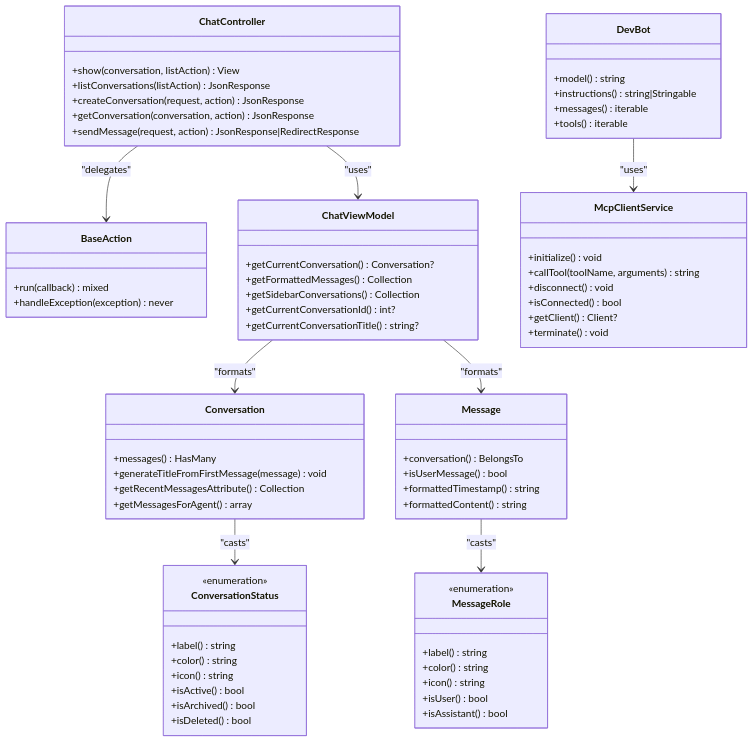
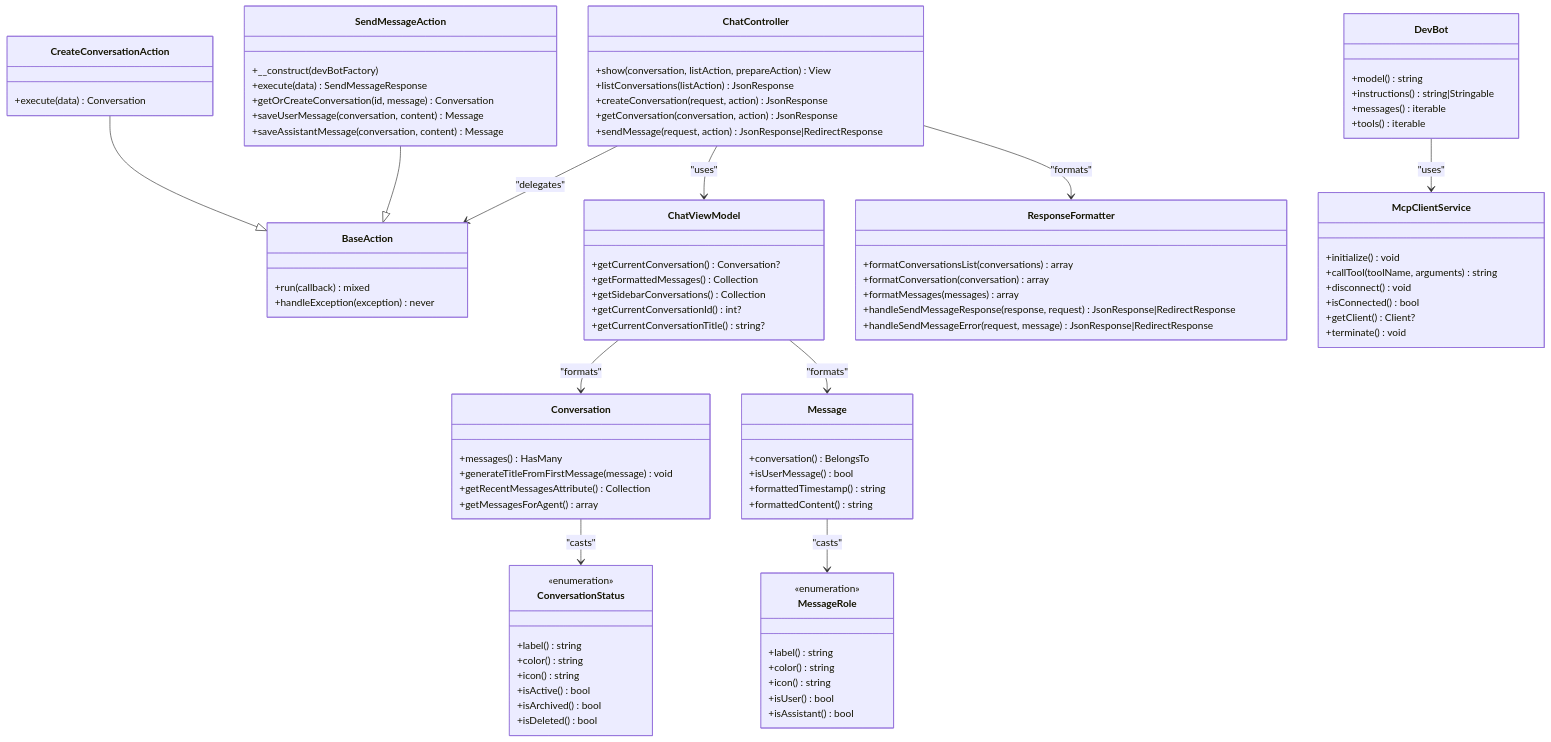
One commit to siimliimand/laravel-assistant changed the second of 10 diagrams in .qoder/repowiki/en/content/Architectural Standards Specification.md. Above: the diagram before and after it, drawn with Mermaid. The commit also changed other lines of this file and 8 other files, not shown here.

First line of the commit message:
docs(actions): add PrepareChatViewAction and update architecture docs

```diff
--- a/.qoder/repowiki/en/content/Architectural Standards Specification.md
+++ b/.qoder/repowiki/en/content/Architectural Standards Specification.md
@@ -146,8 +172,25 @@
 +run(callback) mixed
 +handleException(exception) never
 }
+class CreateConversationAction {
++execute(data) Conversation
+}
+class SendMessageAction {
++__construct(devBotFactory)
++execute(data) SendMessageResponse
++getOrCreateConversation(id, message) Conversation
++saveUserMessage(conversation, content) Message
++saveAssistantMessage(conversation, content) Message
+}
+class ResponseFormatter {
++formatConversationsList(conversations) array
++formatConversation(conversation) array
++formatMessages(messages) array
++handleSendMessageResponse(response, request) JsonResponse|RedirectResponse
++handleSendMessageError(request, message) JsonResponse|RedirectResponse
+}
 class ChatController {
-+show(conversation, listAction) View
++show(conversation, listAction, prepareAction) View
 +listConversations(listAction) JsonResponse
 +createConversation(request, action) JsonResponse
 +getConversation(conversation, action) JsonResponse
@@ -205,6 +248,9 @@
 }
 ChatController --> BaseAction : "delegates"
 ChatController --> ChatViewModel : "uses"
+ChatController --> ResponseFormatter : "formats"
+CreateConversationAction --|> BaseAction
+SendMessageAction --|> BaseAction
 ChatViewModel --> Conversation : "formats"
 ChatViewModel --> Message : "formats"
 Conversation --> ConversationStatus : "casts"
```
